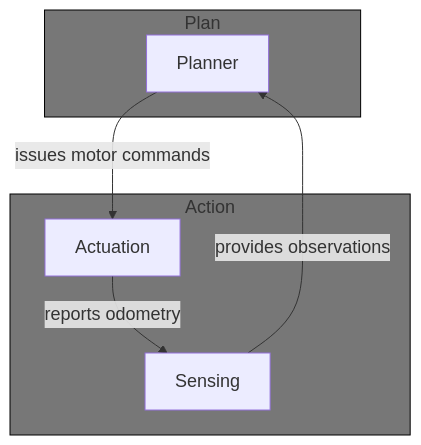
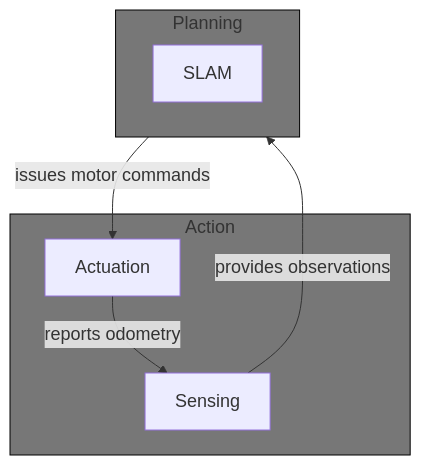
One commit to go-donew/ffad changed the diagram in ffad-spec/ffad-spec.md. Above: the diagram before and after it, drawn with Mermaid.

````diff
--- a/ffad-spec/ffad-spec.md
+++ b/ffad-spec/ffad-spec.md
@@ -58,21 +58,21 @@
 ``` mermaid 
 %%{init: {"themeVariables": { "fontSize": "18px", "fontFamily": "Arial"}}}%%
 
 graph TD
 
-subgraph Plan
-  Planner
+subgraph Planning
+  SLAM
 end
 
 subgraph Action
   Actuation
   Sensing
 end
 
-Planner -- issues motor commands --> Actuation
+Planning -- issues motor commands --> Actuation
 Actuation -- reports odometry --> Sensing
-Sensing -- provides observations --> Planner
+Sensing -- provides observations --> Planning
 
-style Plan fill:#777777,stroke:black
+style Planning fill:#777777,stroke:black
 style Action fill:#777777,stroke:black
 ```
````
